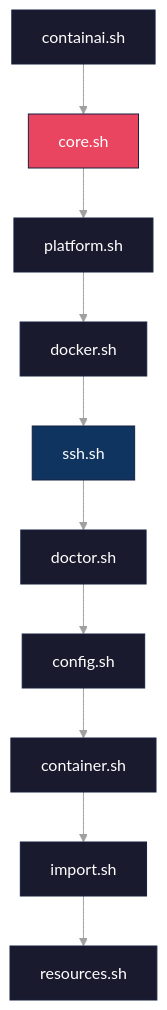
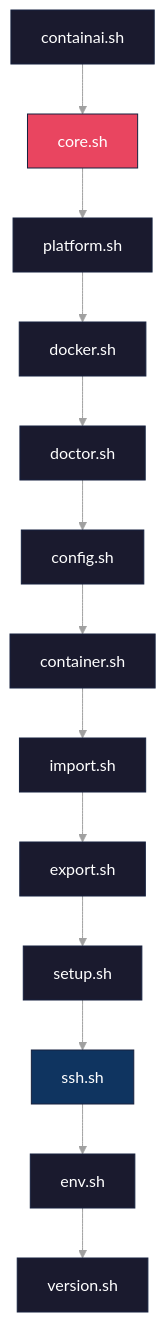
Before and after one commit to novotnyllc/ContainAI: the eighth of 11 diagrams in docs/architecture.md, drawn with Mermaid. The commit also changed other lines of this file, not shown here.

First line of the commit message:
docs(architecture): address review feedback

````diff
--- a/docs/architecture.md
+++ b/docs/architecture.md
@@ -482,26 +493,29 @@
 ```mermaid
 %%{init: {'theme': 'base', 'themeVariables': {
   'primaryColor': '#1a1a2e',
   'primaryTextColor': '#ffffff',
   'primaryBorderColor': '#16213e',
   'secondaryColor': '#0f3460',
   'tertiaryColor': '#1a1a2e',
   'lineColor': '#a0a0a0',
   'textColor': '#ffffff',
   'background': '#0d1117'
 }}}%%
 flowchart TD
     Main["containai.sh"] --> Core["core.sh"]
     Core --> Platform["platform.sh"]
     Platform --> Docker["docker.sh"]
-    Docker --> SSH["ssh.sh"]
-    SSH --> Doctor["doctor.sh"]
+    Docker --> Doctor["doctor.sh"]
     Doctor --> Config["config.sh"]
     Config --> Container["container.sh"]
     Container --> Import["import.sh"]
-    Import --> Resources["resources.sh"]
+    Import --> Export["export.sh"]
+    Export --> Setup["setup.sh"]
+    Setup --> SSH["ssh.sh"]
+    SSH --> Env["env.sh"]
+    Env --> Version["version.sh"]
 
     style Main fill:#1a1a2e,stroke:#16213e,color:#fff
     style Core fill:#e94560,stroke:#16213e,color:#fff
     style SSH fill:#0f3460,stroke:#16213e,color:#fff
 ```
````
